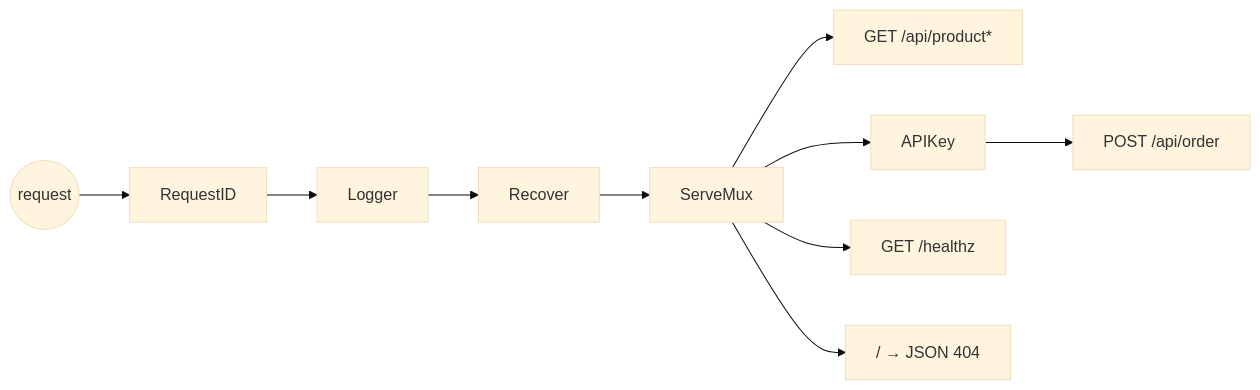
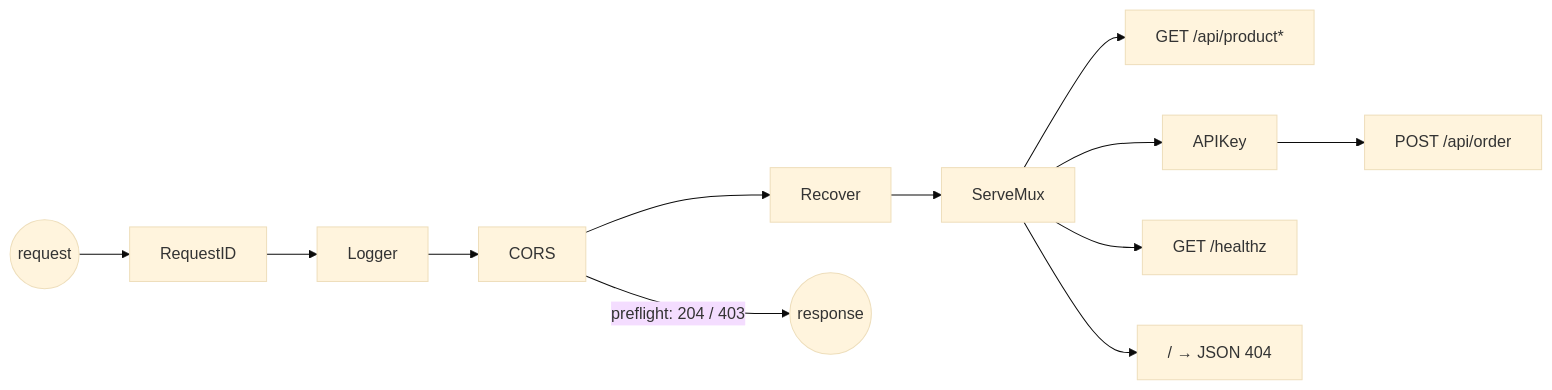
One commit to apoorvmishra1202/kart-challenge changed the fourth of 8 diagrams in backend/docs/LLD.md. Above: the diagram before and after it, drawn with Mermaid (base theme). The commit also changed other lines of this file and 11 other files, not shown here.

````diff
--- a/backend/docs/LLD.md
+++ b/backend/docs/LLD.md
@@ -207,8 +207,9 @@
 ```mermaid
 graph LR
-  req((request)) --> RID[RequestID] --> LOG[Logger] --> REC[Recover] --> MUX[ServeMux]
+  req((request)) --> RID[RequestID] --> LOG[Logger] --> CORS[CORS] --> REC[Recover] --> MUX[ServeMux]
+  CORS -- "preflight: 204 / 403" --> done((response))
   MUX --> P1[GET /api/product*]
   MUX --> AK[APIKey] --> O1[POST /api/order]
   MUX --> H[GET /healthz]
   MUX --> NF["/ → JSON 404"]
 ```
````
